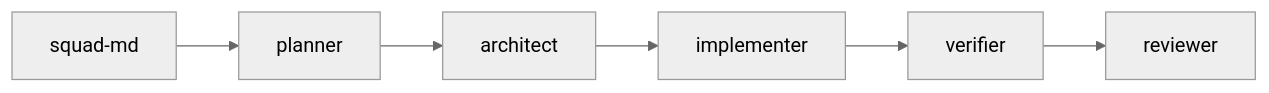
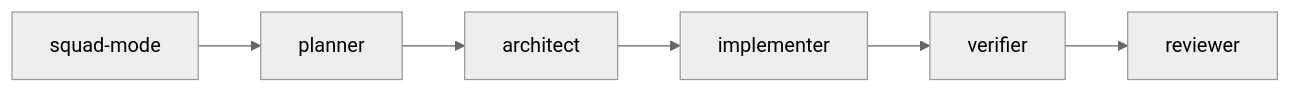
One commit to svennijhuis/agentPacks changed the diagram in docs/pbi/squad/ps15-squad-agents.md. Above: the diagram before and after it, drawn with Mermaid (neutral theme). The commit also changed other lines of this file and 27 other files, not shown here.

Commit message:
docs(pbi/squad): hubs renamed to poteto style -mode (squad-mode, pack-author-mode, pack-check-mode, statechart-mode, scenarios-mode, security-audit-mode); old -md dirs move with pointer until GA07; today paths keep main names

````diff
--- a/docs/pbi/squad/ps15-squad-agents.md
+++ b/docs/pbi/squad/ps15-squad-agents.md
@@ -96,4 +96,4 @@
 ```mermaid
 flowchart LR
-  H["squad-md"] --> PL["planner"] --> AR["architect"] --> IM["implementer"] --> VE["verifier"] --> RE["reviewer"]
+  H["squad-mode"] --> PL["planner"] --> AR["architect"] --> IM["implementer"] --> VE["verifier"] --> RE["reviewer"]
 ```
````
